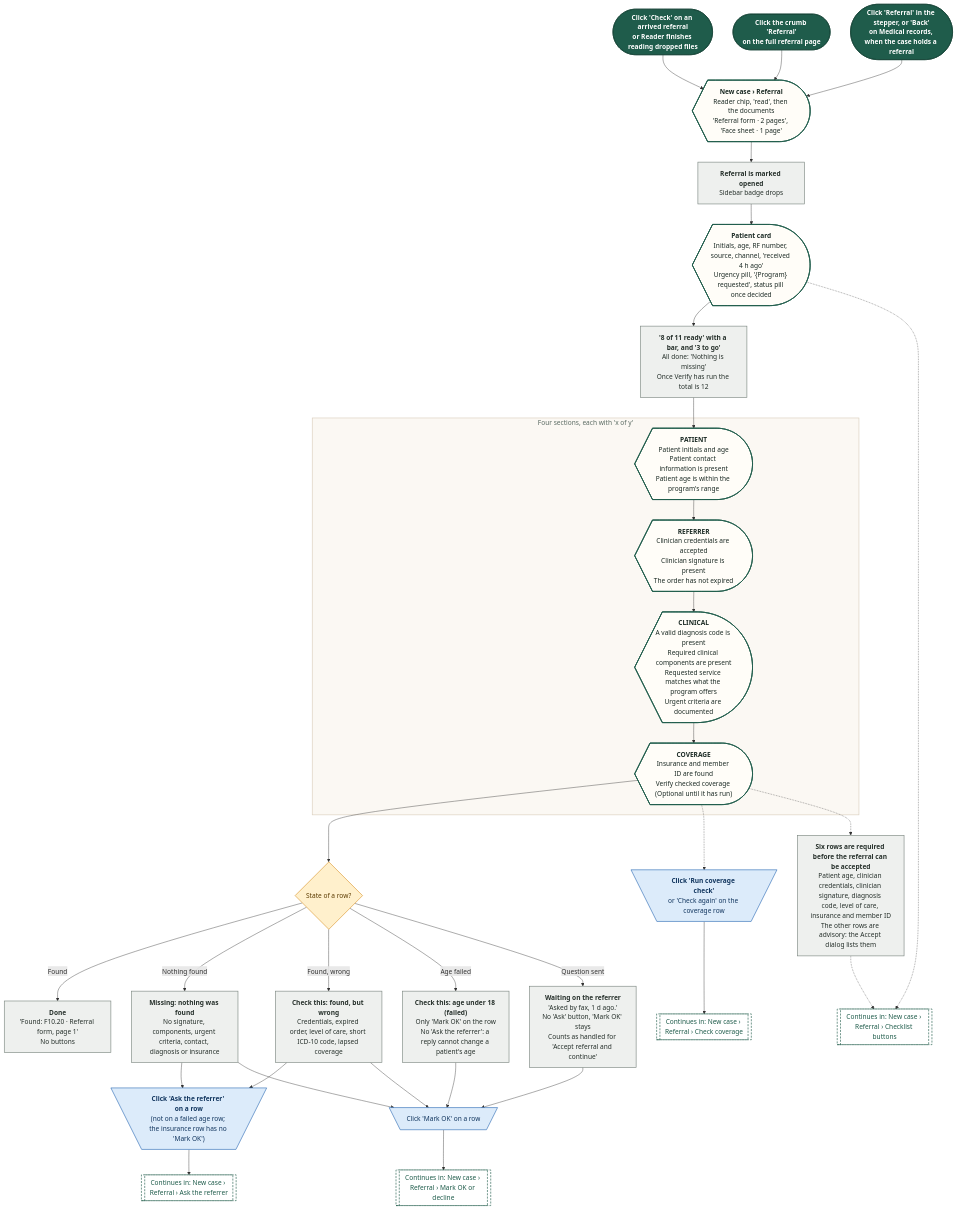
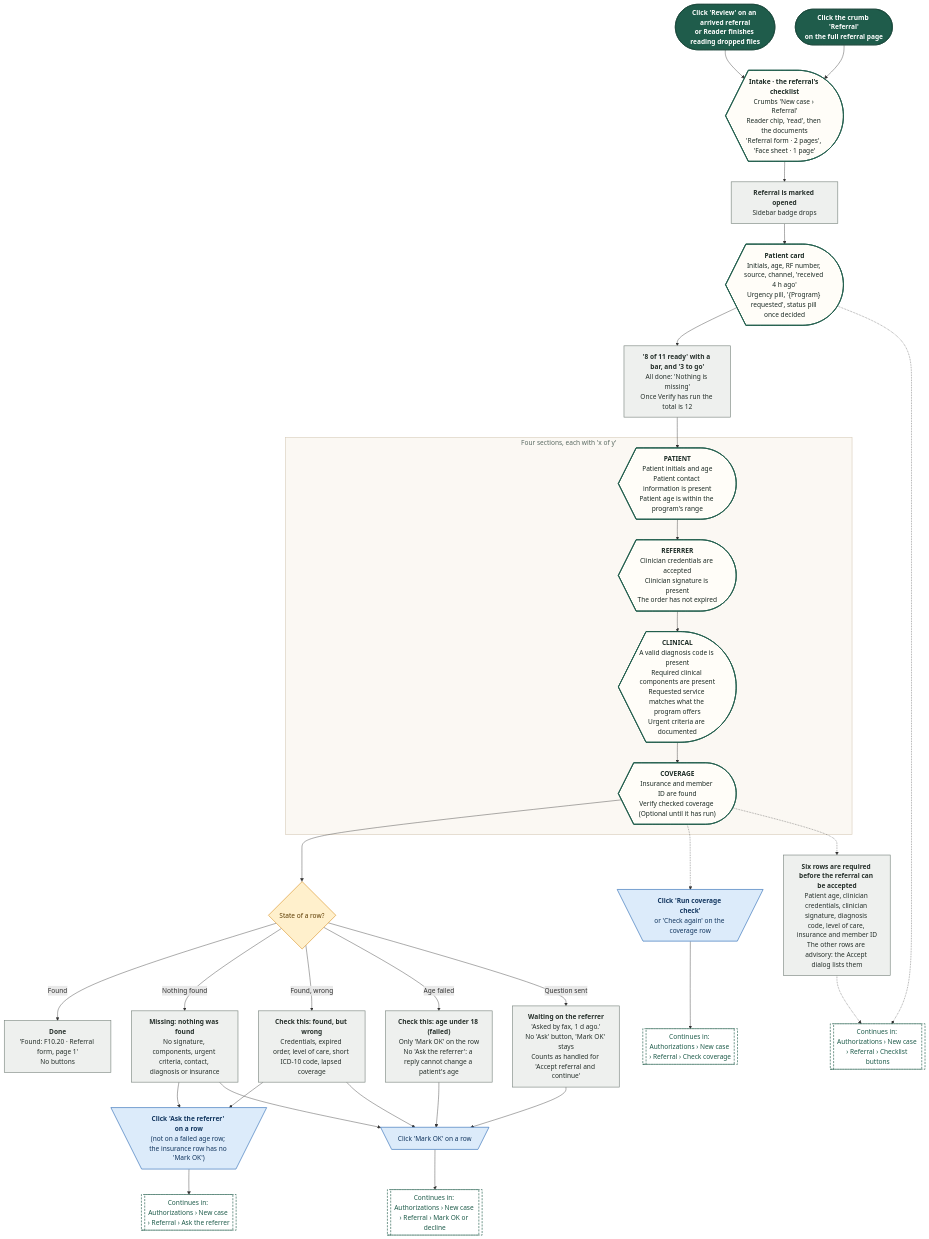
Before and after one commit to Shrav143/psyfloapp: the diagram in demos/prior-auth-demo/workflows/out/mmd/04-new-case/11-referral-checklist.mmd, drawn with Mermaid. The commit also changed 251 other files, not shown here.

First line of the commit message:
docs: rebuild the workflow diagrams (291) for round 4

```diff
--- a/demos/prior-auth-demo/workflows/out/mmd/04-new-case/11-referral-checklist.mmd
+++ b/demos/prior-auth-demo/workflows/out/mmd/04-new-case/11-referral-checklist.mmd
@@ -1,74 +1,72 @@
 %%{init: {"theme":"base","themeVariables":{"fontFamily":"'DM Sans', 'Segoe UI', system-ui, sans-serif","fontSize":"15px","lineColor":"#5B6B63","primaryTextColor":"#1C2B25","clusterBkg":"#FBF8F3","clusterBorder":"#D9CDBB","edgeLabelBackground":"#FFFFFF"},"flowchart":{"curve":"basis","nodeSpacing":36,"rankSpacing":48,"padding":12,"htmlLabels":true,"useMaxWidth":false,"wrappingWidth":230}} }%%
 flowchart TD
   classDef k_start fill:#1F5C4B,stroke:#174638,color:#FFFFFF,stroke-width:1.5px,font-weight:600
   classDef k_end fill:#DDEFE3,stroke:#2E7D4F,color:#14502F,stroke-width:1.5px,font-weight:600
   classDef k_endx fill:#FBE3E0,stroke:#C0392B,color:#7A1F16,stroke-width:1.5px,font-weight:600
   classDef k_screen fill:#FFFDF8,stroke:#1F5C4B,color:#1C2B25,stroke-width:2px
   classDef k_overlay fill:#F1F7F3,stroke:#1F5C4B,color:#1C2B25,stroke-width:2px,stroke-dasharray:5 3
   classDef k_click fill:#DCEBFA,stroke:#2F6DB5,color:#12365F,stroke-width:1.5px
   classDef k_input fill:#E4E7FF,stroke:#4C5FD5,color:#1D2670,stroke-width:1.5px
   classDef k_process fill:#EEF0EE,stroke:#7A857F,color:#26302B,stroke-width:1.5px
   classDef k_agent fill:#EEE5FA,stroke:#7A4FC2,color:#341A63,stroke-width:1.5px
   classDef k_decision fill:#FFF0CC,stroke:#D9962B,color:#5C3B00,stroke-width:1.5px
   classDef k_store fill:#D5F0EA,stroke:#1C8E7B,color:#0B4A3F,stroke-width:1.5px
   classDef k_doc fill:#F6E9DC,stroke:#B07A4C,color:#4A2E14,stroke-width:1.5px
   classDef k_ext fill:#FFE6D2,stroke:#E07B39,color:#6B2F06,stroke-width:1.5px
   classDef k_wait fill:#E4E8EE,stroke:#6B7C93,color:#26303D,stroke-width:1.5px
   classDef k_toast fill:#FFF9DB,stroke:#C9A400,color:#5A4A00,stroke-width:1.5px
   classDef k_goto fill:#FFFFFF,stroke:#1F5C4B,color:#1F5C4B,stroke-width:1.5px,stroke-dasharray:5 3
-  s1@{ shape: stadium, label: "<b>Click 'Check' on an arrived referral</b><br/>or Reader finishes reading dropped files" }
+  s1@{ shape: stadium, label: "<b>Click 'Review' on an arrived referral</b><br/>or Reader finishes reading dropped files" }
   s2@{ shape: stadium, label: "<b>Click the crumb 'Referral'</b><br/>on the full referral page" }
-  s3@{ shape: stadium, label: "<b>Click 'Referral' in the stepper, or 'Back'</b><br/>on Medical records, when the case holds a referral" }
-  sc1@{ shape: curv-trap, label: "<b>New case › Referral</b><br/>Reader chip, 'read', then the documents<br/>'Referral form · 2 pages', 'Face sheet · 1 page'" }
+  sc1@{ shape: curv-trap, label: "<b>Intake · the referral's checklist</b><br/>Crumbs 'New case › Referral'<br/>Reader chip, 'read', then the documents<br/>'Referral form · 2 pages', 'Face sheet · 1 page'" }
   p0@{ shape: rect, label: "<b>Referral is marked opened</b><br/>Sidebar badge drops" }
   sc2@{ shape: curv-trap, label: "<b>Patient card</b><br/>Initials, age, RF number, source, channel, 'received 4 h ago'<br/>Urgency pill, '{Program} requested', status pill once decided" }
   pr@{ shape: rect, label: "<b>'8 of 11 ready' with a bar, and '3 to go'</b><br/>All done: 'Nothing is missing'<br/>Once Verify has run the total is 12" }
   subgraph gSec ["Four sections, each with 'x of y'"]
   sA@{ shape: curv-trap, label: "<b>PATIENT</b><br/>Patient initials and age<br/>Patient contact information is present<br/>Patient age is within the program's range" }
   sB@{ shape: curv-trap, label: "<b>REFERRER</b><br/>Clinician credentials are accepted<br/>Clinician signature is present<br/>The order has not expired" }
   sC@{ shape: curv-trap, label: "<b>CLINICAL</b><br/>A valid diagnosis code is present<br/>Required clinical components are present<br/>Requested service matches what the program offers<br/>Urgent criteria are documented" }
   sD@{ shape: curv-trap, label: "<b>COVERAGE</b><br/>Insurance and member ID are found<br/>Verify checked coverage (Optional until it has run)" }
   end
   dRow@{ shape: diam, label: "State of a row?" }
   rDone@{ shape: rect, label: "<b>Done</b><br/>'Found: F10.20 · Referral form, page 1'<br/>No buttons" }
   rMiss@{ shape: rect, label: "<b>Missing: nothing was found</b><br/>No signature, components, urgent criteria, contact, diagnosis or insurance" }
   rWarn@{ shape: rect, label: "<b>Check this: found, but wrong</b><br/>Credentials, expired order, level of care, short ICD-10 code, lapsed coverage" }
   rAge@{ shape: rect, label: "<b>Check this: age under 18 (failed)</b><br/>Only 'Mark OK' on the row<br/>No 'Ask the referrer': a reply cannot change a patient's age" }
   rWait@{ shape: rect, label: "<b>Waiting on the referrer</b><br/>'Asked by fax, 1 d ago.'<br/>No 'Ask' button, 'Mark OK' stays<br/>Counts as handled for 'Accept referral and continue'" }
   cAsk@{ shape: trap-t, label: "<b>Click 'Ask the referrer' on a row</b><br/>(not on a failed age row; the insurance row has no 'Mark OK')" }
   cOk@{ shape: trap-t, label: "Click 'Mark OK' on a row" }
   cCov@{ shape: trap-t, label: "<b>Click 'Run coverage check'</b><br/>or 'Check again' on the coverage row" }
   pReq@{ shape: rect, label: "<b>Six rows are required before the referral can be accepted</b><br/>Patient age, clinician credentials, clinician signature, diagnosis code, level of care, insurance and member ID<br/>The other rows are advisory: the Accept dialog lists them" }
-  gAsk@{ shape: subproc, label: "Continues in: New case › Referral › Ask the referrer" }
-  gOk@{ shape: subproc, label: "Continues in: New case › Referral › Mark OK or decline" }
-  gCov@{ shape: subproc, label: "Continues in: New case › Referral › Check coverage" }
-  gBtn@{ shape: subproc, label: "Continues in: New case › Referral › Checklist buttons" }
+  gAsk@{ shape: subproc, label: "Continues in: Authorizations › New case › Referral › Ask the referrer" }
+  gOk@{ shape: subproc, label: "Continues in: Authorizations › New case › Referral › Mark OK or decline" }
+  gCov@{ shape: subproc, label: "Continues in: Authorizations › New case › Referral › Check coverage" }
+  gBtn@{ shape: subproc, label: "Continues in: Authorizations › New case › Referral › Checklist buttons" }
   s1 --> sc1
   s2 --> sc1
-  s3 --> sc1
   sc1 --> p0 --> sc2 --> pr --> sA --> sB --> sC --> sD
   sc2 -.-> gBtn
   sD --> dRow
   dRow -->|"Found"| rDone
   dRow -->|"Nothing found"| rMiss
   dRow -->|"Found, wrong"| rWarn
   dRow -->|"Age failed"| rAge
   dRow -->|"Question sent"| rWait
   rMiss --> cAsk
   rWarn --> cAsk
   rMiss --> cOk
   rWarn --> cOk
   rAge --> cOk
   rWait --> cOk
   sD -.-> cCov
   sD -.-> pReq -.-> gBtn
   cAsk --> gAsk
   cOk --> gOk
   cCov --> gCov
-  class s1,s2,s3 k_start
+  class s1,s2 k_start
   class sc1,sc2,sA,sB,sC,sD k_screen
   class p0,pr,rDone,rMiss,rWarn,rAge,rWait,pReq k_process
   class dRow k_decision
   class cAsk,cOk,cCov k_click
   class gAsk,gOk,gCov,gBtn k_goto
   style gSec fill:#FBF8F3,stroke:#D9CDBB,stroke-width:1.5px,color:#5B6B63
```
